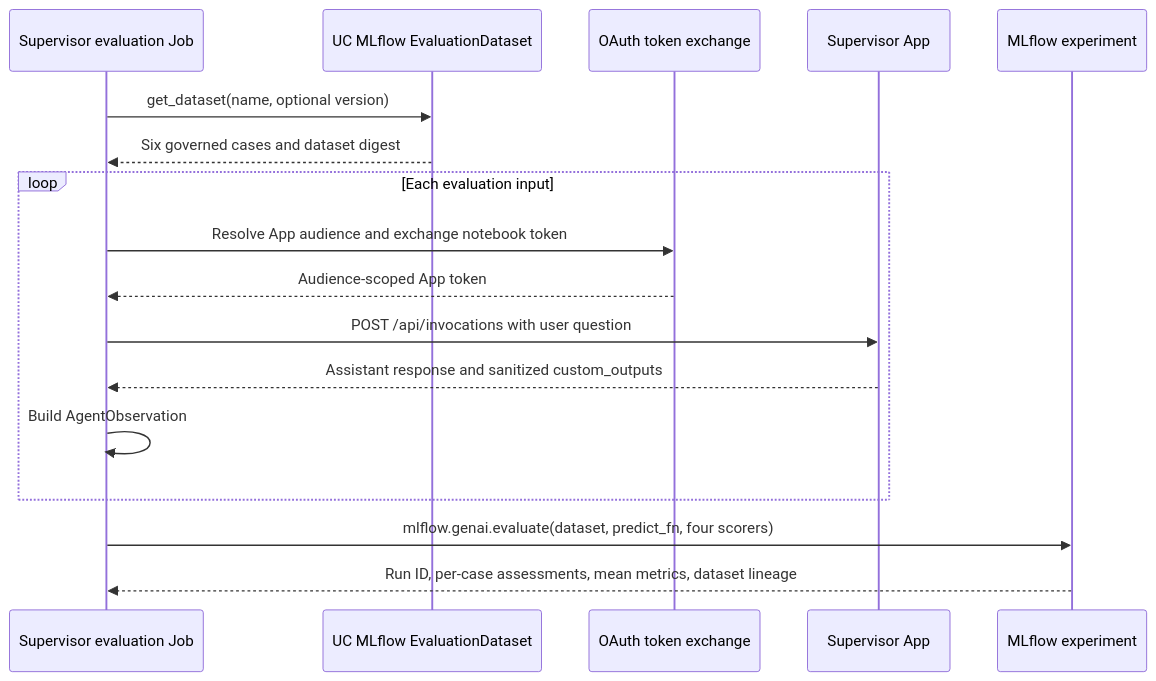
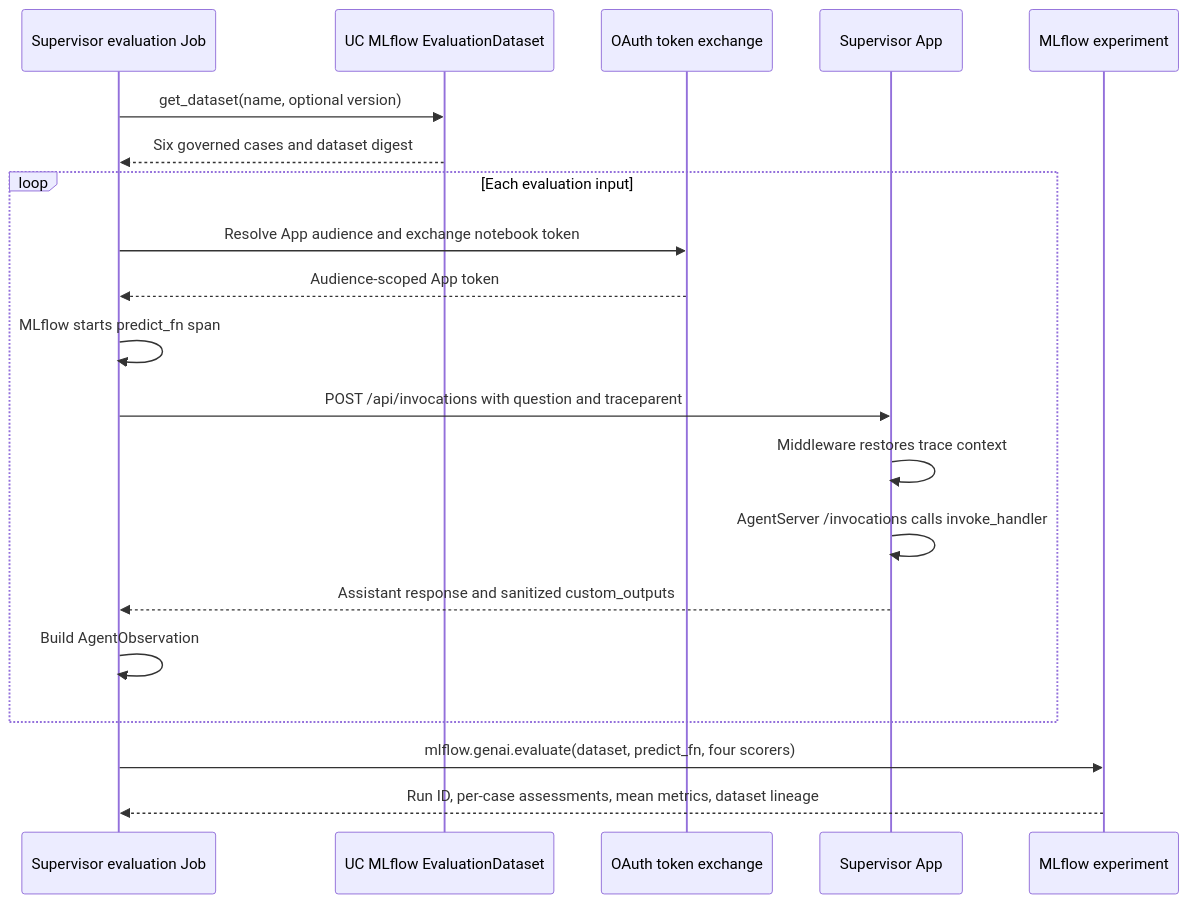
The second of 2 diagrams in docs/11-agent-evaluation-job-runner.md (arvinddhasmana/dbai), drawn with Mermaid before and after one commit. The commit also changed other lines of this file and 20 other files, not shown here.

````diff
--- a/docs/11-agent-evaluation-job-runner.md
+++ b/docs/11-agent-evaluation-job-runner.md
@@ -134,20 +140,23 @@
 ```mermaid
 sequenceDiagram
     participant J as Supervisor evaluation Job
     participant D as UC MLflow EvaluationDataset
     participant O as OAuth token exchange
     participant A as Supervisor App
     participant M as MLflow experiment
 
     J->>D: get_dataset(name, optional version)
     D-->>J: Six governed cases and dataset digest
     loop Each evaluation input
         J->>O: Resolve App audience and exchange notebook token
         O-->>J: Audience-scoped App token
-        J->>A: POST /api/invocations with user question
+      J->>J: MLflow starts predict_fn span
+      J->>A: POST /api/invocations with question and traceparent
+      A->>A: Middleware restores trace context
+      A->>A: AgentServer /invocations calls invoke_handler
         A-->>J: Assistant response and sanitized custom_outputs
         J->>J: Build AgentObservation
     end
     J->>M: mlflow.genai.evaluate(dataset, predict_fn, four scorers)
     M-->>J: Run ID, per-case assessments, mean metrics, dataset lineage
 ```
````
